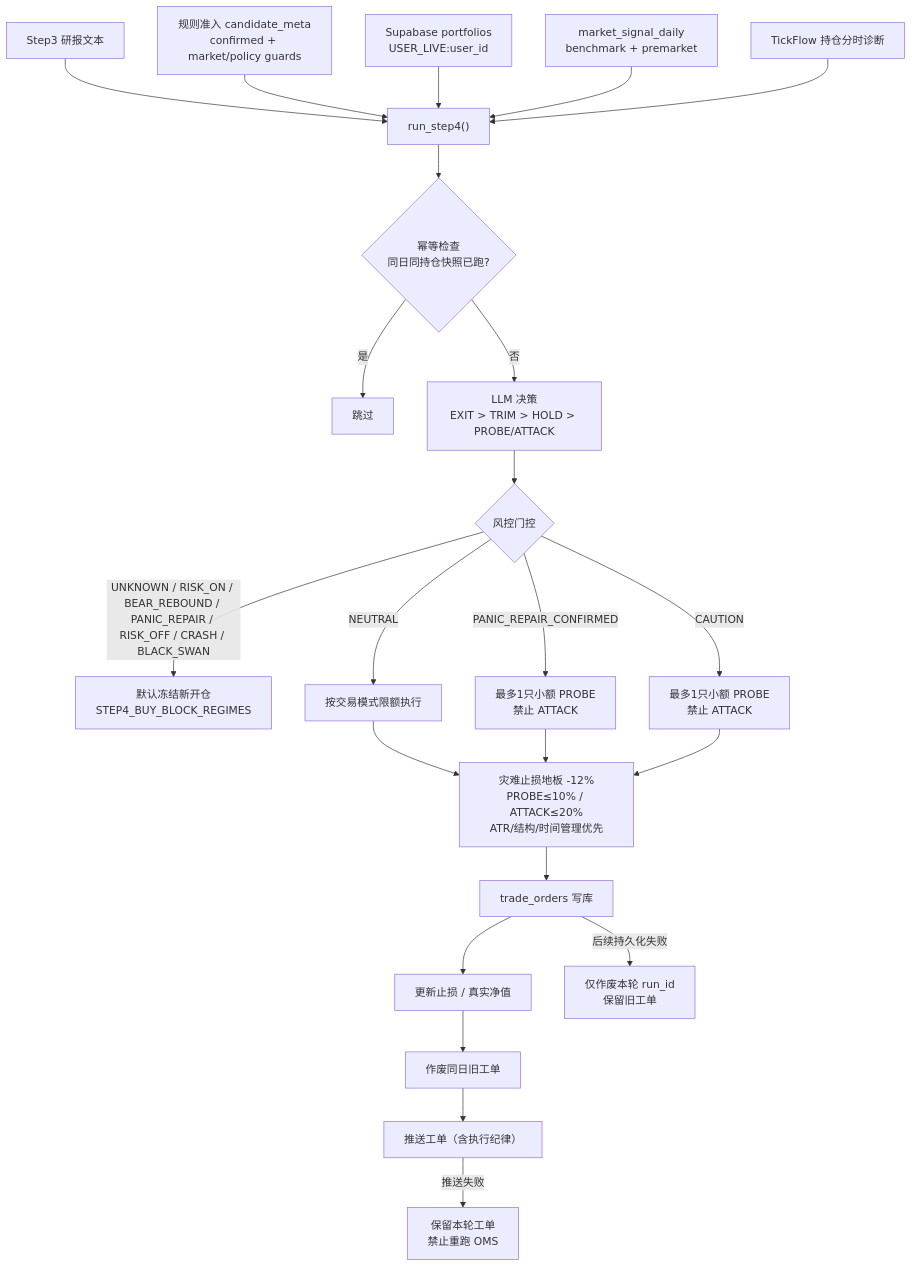
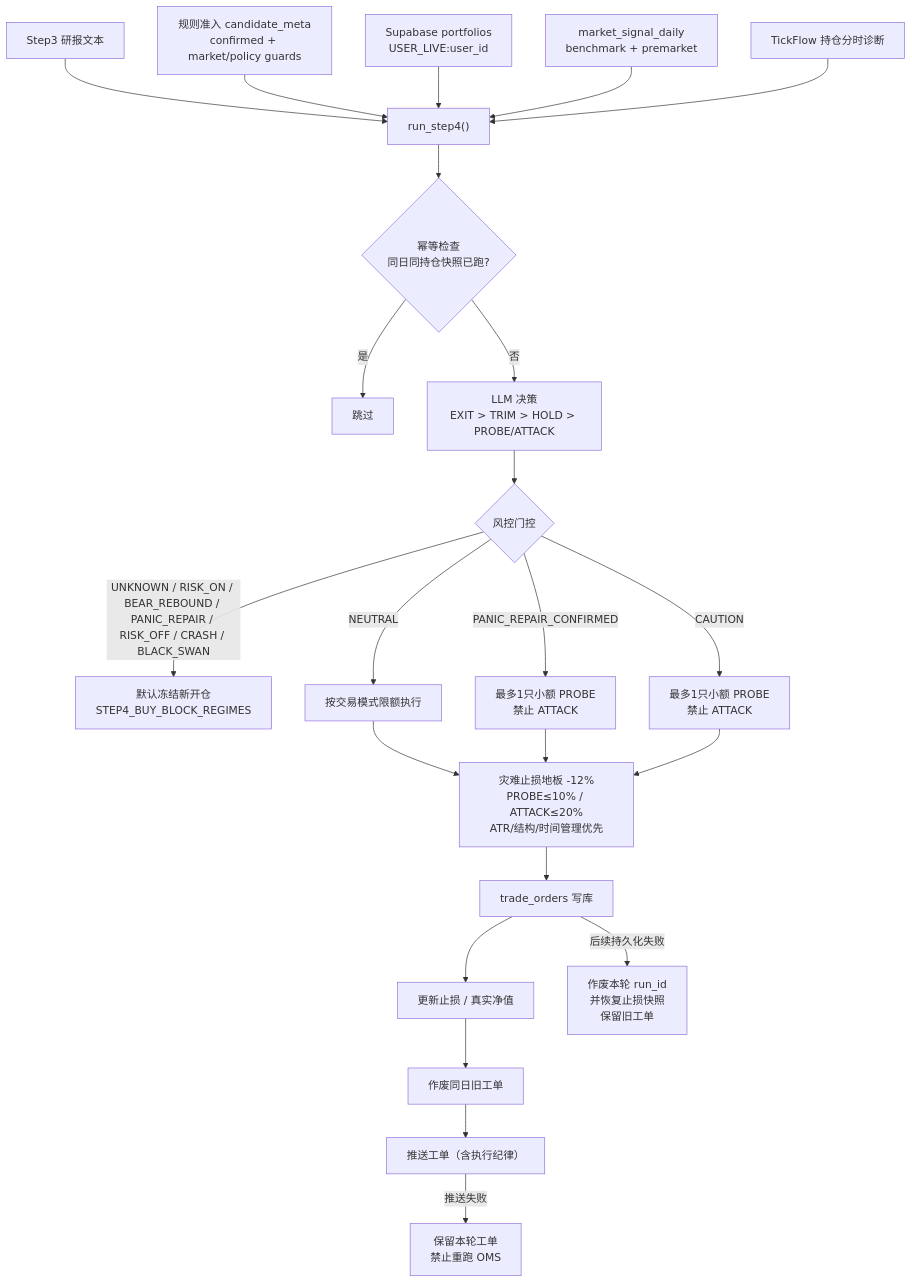
The fifth of 7 diagrams in docs/A_SHARE_FUNNEL_FLOW.md (YoungCan-Wang/WyckoffTradingAgent), drawn with Mermaid before and after one commit. The commit also changed other lines of this file and 5 other files, not shown here.

````diff
--- a/docs/A_SHARE_FUNNEL_FLOW.md
+++ b/docs/A_SHARE_FUNNEL_FLOW.md
@@ -305,28 +305,28 @@
 ```mermaid
 flowchart TD
     IN1["Step3 研报文本"] --> S4
     IN2["规则准入 candidate_meta<br/>confirmed + market/policy guards"] --> S4
     IN3["Supabase portfolios<br/>USER_LIVE:user_id"] --> S4
     IN4["market_signal_daily<br/>benchmark + premarket"] --> S4
     IN5["TickFlow 持仓分时诊断"] --> S4
 
     S4["run_step4()"] --> IDEM{"幂等检查<br/>同日同持仓快照已跑?"}
     IDEM -->|是| SKIP["跳过"]
     IDEM -->|否| LLM["LLM 决策<br/>EXIT > TRIM > HOLD > PROBE/ATTACK"]
 
     LLM --> RISK{"风控门控"}
 RISK -->|UNKNOWN / RISK_ON / BEAR_REBOUND / PANIC_REPAIR / RISK_OFF / CRASH / BLACK_SWAN| BLOCK_BUY["默认冻结新开仓<br/>STEP4_BUY_BLOCK_REGIMES"]
 RISK -->|PANIC_REPAIR_CONFIRMED| REPAIR_PROBE["最多1只小额 PROBE<br/>禁止 ATTACK"]
     RISK -->|CAUTION| CAUTION_PROBE["最多1只小额 PROBE<br/>禁止 ATTACK"]
     RISK -->|NEUTRAL| ALLOW["按交易模式限额执行"]
 
     ALLOW --> OMS["灾难止损地板 -12%<br/>PROBE≤10% / ATTACK≤20%<br/>ATR/结构/时间管理优先"]
     REPAIR_PROBE --> OMS
     CAUTION_PROBE --> OMS
     OMS --> DB["trade_orders 写库"]
     DB --> AUX["更新止损 / 真实净值"]
     AUX --> OLD["作废同日旧工单"]
     OLD --> TG["推送工单（含执行纪律）"]
-    DB -->|后续持久化失败| RB["仅作废本轮 run_id<br/>保留旧工单"]
+    DB -->|后续持久化失败| RB["作废本轮 run_id<br/>并恢复止损快照<br/>保留旧工单"]
     TG -->|推送失败| KEEP["保留本轮工单<br/>禁止重跑 OMS"]
 ```
````
